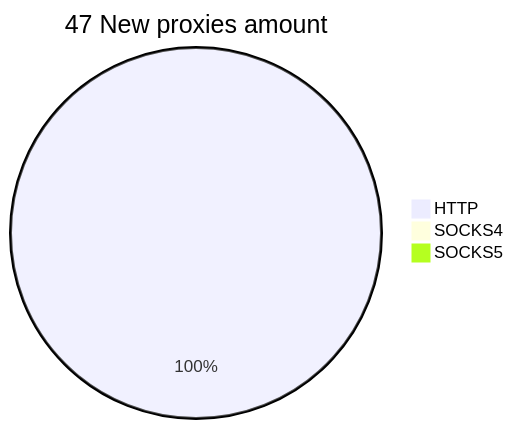
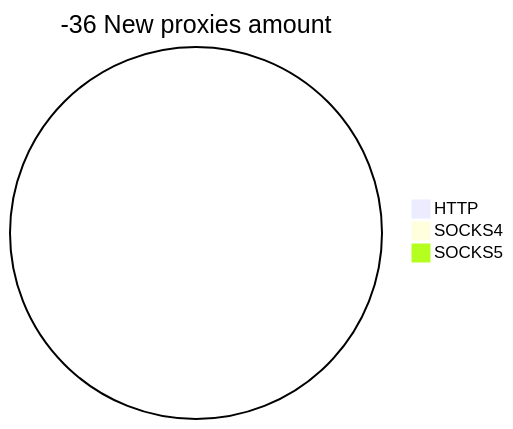
One commit to cutipu/proxylist changed the second of 2 diagrams in README.md. Above: the diagram before and after it, drawn with Mermaid. The commit also changed other lines of this file, not shown here.

````diff
--- a/README.md
+++ b/README.md
@@ -10,6 +10,6 @@
 ```mermaid
-pie title 47 New proxies amount
-    "HTTP" : 47
+pie title -36 New proxies amount
+    "HTTP" : 0
     "SOCKS4" : 0
     "SOCKS5" : 0
 ```
````
